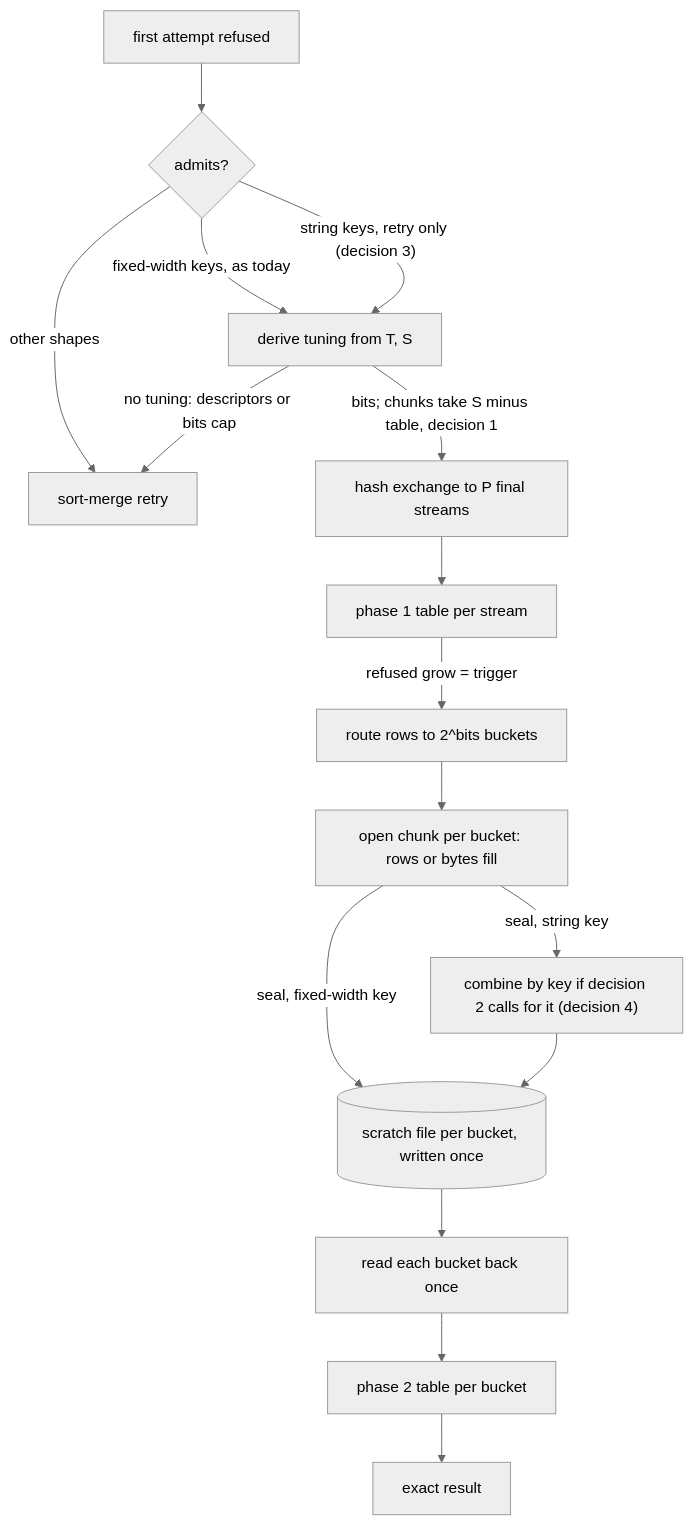
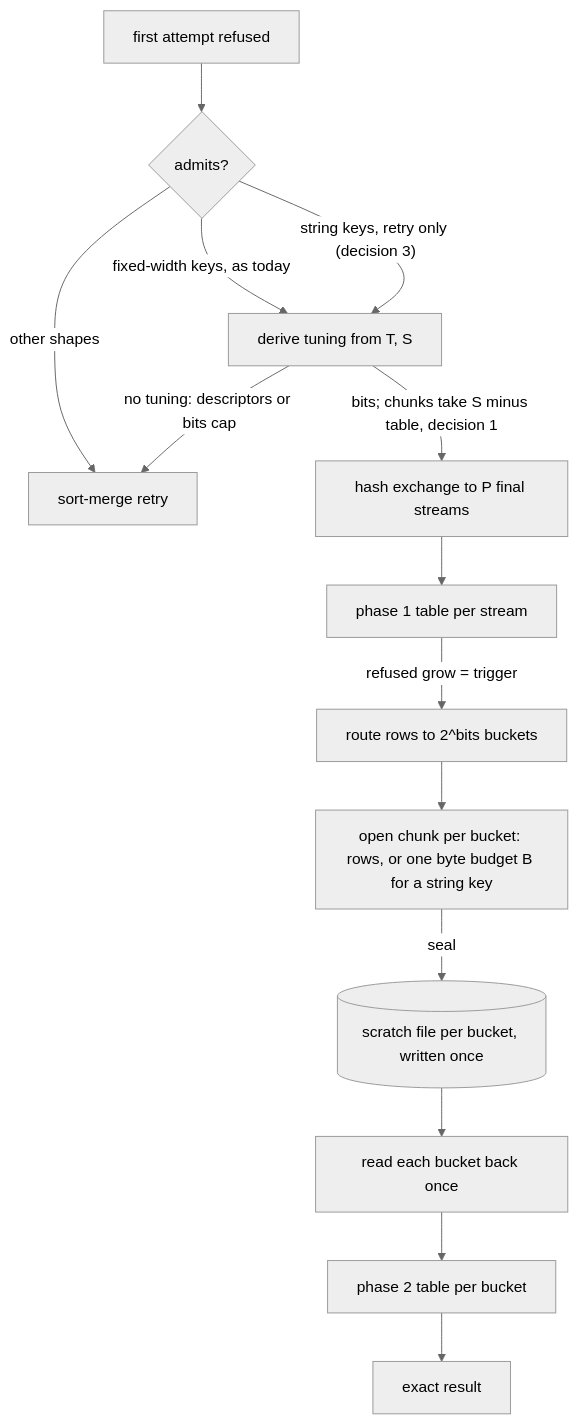
Before and after one commit to NOFireAI/ravel: the diagram in docs/adrs/4143-bucketed-retry-string-keys-and-small-hosts.md, drawn with Mermaid (neutral theme). The commit also changed other lines of this file and 1 other file, not shown here.

````diff
--- a/docs/adrs/4143-bucketed-retry-string-keys-and-small-hosts.md
+++ b/docs/adrs/4143-bucketed-retry-string-keys-and-small-hosts.md
@@ -287,18 +310,16 @@
 ```mermaid
 flowchart TD
     R[first attempt refused] --> A{admits?}
     A -- "fixed-width keys, as today" --> D[derive tuning from T, S]
     A -- "string keys, retry only (decision 3)" --> D
     A -- other shapes --> SM[sort-merge retry]
     D -- "no tuning: descriptors or bits cap" --> SM
     D -- "bits; chunks take S minus table, decision 1" --> X[hash exchange to P final streams]
     X --> T1[phase 1 table per stream]
     T1 -- "refused grow = trigger" --> RT[route rows to 2^bits buckets]
-    RT --> CH[open chunk per bucket: rows or bytes fill]
-    CH -- "seal, fixed-width key" --> W[("scratch file per bucket, written once")]
-    CH -- "seal, string key" --> CB["combine by key if decision 2 calls for it (decision 4)"]
-    CB --> W
+    RT --> CH["open chunk per bucket: rows, or one byte budget B for a string key"]
+    CH -- seal --> W[("scratch file per bucket, written once")]
     W --> RB[read each bucket back once]
     RB --> T2[phase 2 table per bucket]
     T2 --> OUT[exact result]
 ```
````
